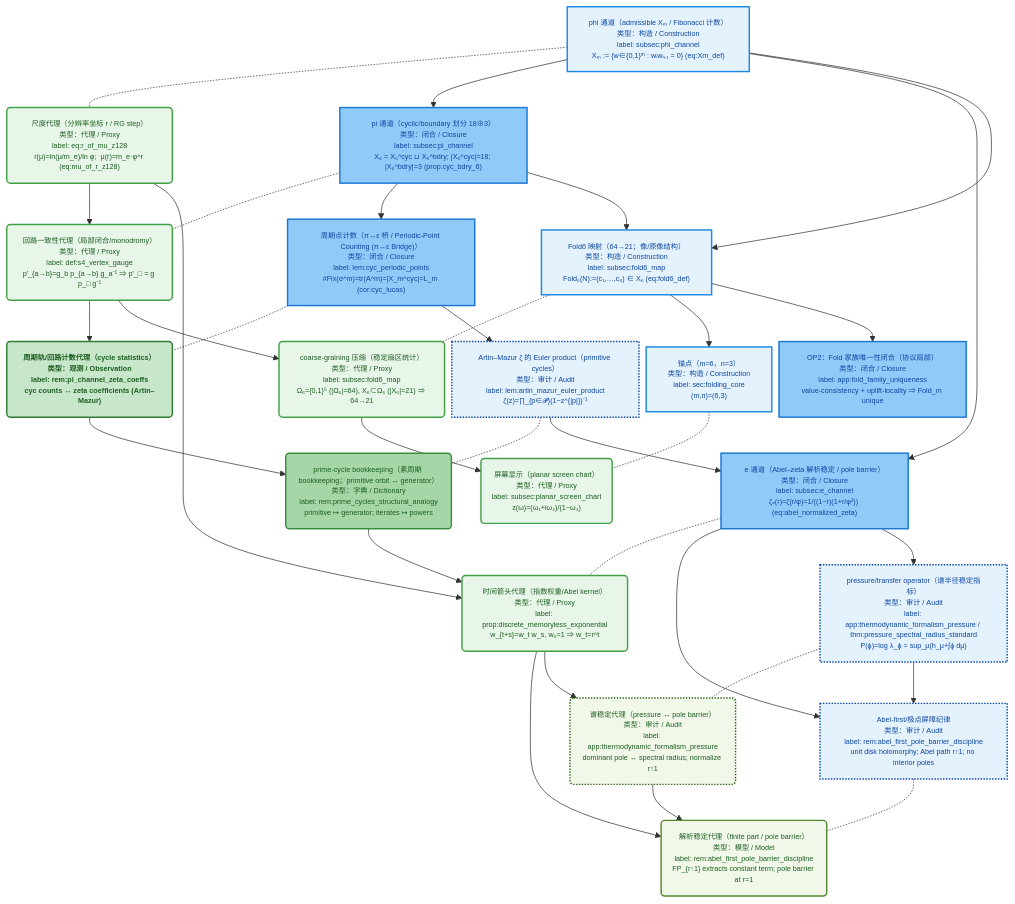
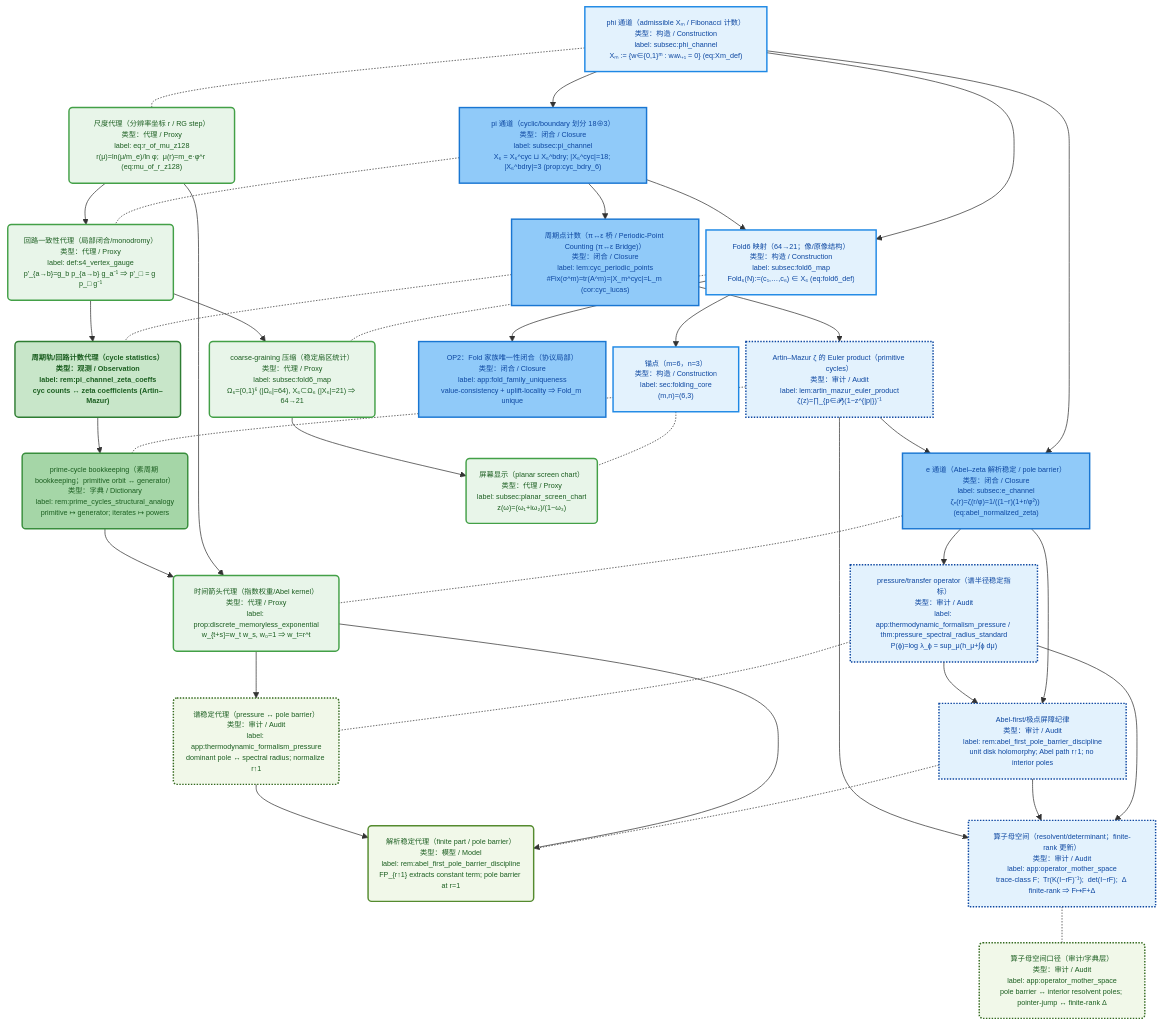
Before and after one commit to loning/the-omega: the second of 11 diagrams in docs/papers/2025_z128_standard_model_stable_sector_hpa_omega/architecture_dag.md, drawn with Mermaid. The commit also changed other lines of this file and 7 other files, not shown here.

First line of the commit message:
Enhance documentation with operator mother space integration and audit references

````diff
--- a/docs/papers/2025_z128_standard_model_stable_sector_hpa_omega/architecture_dag.md
+++ b/docs/papers/2025_z128_standard_model_stable_sector_hpa_omega/architecture_dag.md
@@ -160,6 +160,10 @@
   P_abel("解析稳定代理（finite part / pole barrier）<br/>类型：模型 / Model<br/>label: rem:abel_first_pole_barrier_discipline<br/>FP_{r↑1} extracts constant term; pole barrier at r=1")
   M_abel -.- P_abel
 
+  M_operator_mother["算子母空间（resolvent/determinant；finite-rank 更新）<br/>类型：审计 / Audit<br/>label: app:operator_mother_space<br/>trace-class F;  Tr(K(I−rF)⁻¹);  det(I−rF);  Δ finite-rank ⇒ F↦F+Δ"]
+  P_operator_mother("算子母空间口径（审计/字典层）<br/>类型：审计 / Audit<br/>label: app:operator_mother_space<br/>pole barrier ↔ interior resolvent poles; pointer-jump ↔ finite-rank Δ")
+  M_operator_mother -.- P_operator_mother
+
   M_fold["Fold6 映射（64→21；像/原像结构）<br/>类型：构造 / Construction<br/>label: subsec:fold6_map<br/>Fold₆(N):=(c₁,…,c₆) ∈ X₆ (eq:fold6_def)"]
   P_fold("coarse-graining 压缩（稳定扇区统计）<br/>类型：代理 / Proxy<br/>label: subsec:fold6_map<br/>Ω₆={0,1}⁶ (|Ω₆|=64), X₆⊂Ω₆ (|X₆|=21) ⇒ 64→21")
   M_fold -.- P_fold
@@ -175,6 +179,9 @@
   M_pi --> M_periodic --> M_am_euler --> M_e
   M_e --> M_abel
   M_e --> M_pressure --> M_abel
+  M_pressure --> M_operator_mother
+  M_abel --> M_operator_mother
+  M_am_euler --> M_operator_mother
   M_phi --> M_fold
   P_phi --> P_pi
   P_phi --> P_e
@@ -208,9 +215,11 @@
   class M_phi,M_fold,M_anchor math_construct;
   class M_pi,M_periodic,M_e,M_op2_fold_uniqueness math_closure;
   class M_abel,M_am_euler,M_pressure math_audit;
+  class M_operator_mother math_audit;
   class P_phi,P_pi,P_e,P_fold,P_screen phys_proxy;
   class P_periodic phys_obs;
   class P_am_euler phys_dict;
   class P_abel phys_model;
   class P_pressure phys_audit;
+  class P_operator_mother phys_audit;
 ```
````
